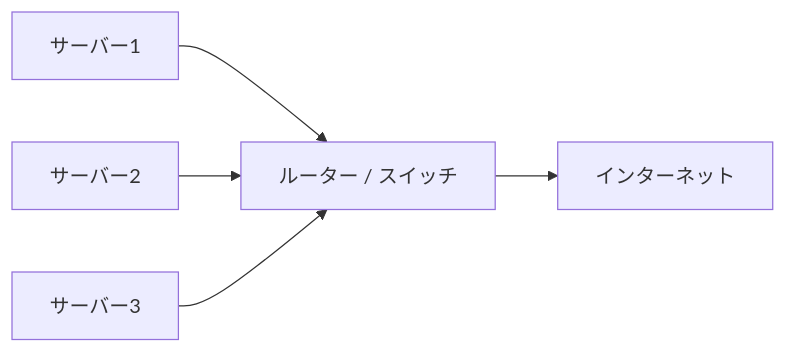
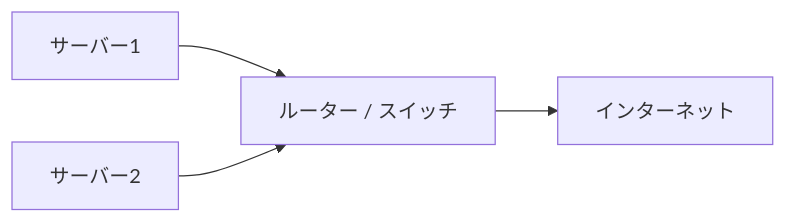
The diagram in docs/content/docs/onsite/hardware.mdx (morinoparty/moripa-infra), drawn with Mermaid before and after one commit. The commit also changed other lines of this file and 75 other files, not shown here.

````diff
--- a/docs/content/docs/onsite/hardware.mdx
+++ b/docs/content/docs/onsite/hardware.mdx
@@ -30,7 +30,6 @@
 ```mermaid
 flowchart LR
     S1["サーバー1"] --> R["ルーター / スイッチ"]
     S2["サーバー2"] --> R
-    S3["サーバー3"] --> R
     R --> I["インターネット"]
 ```
````
